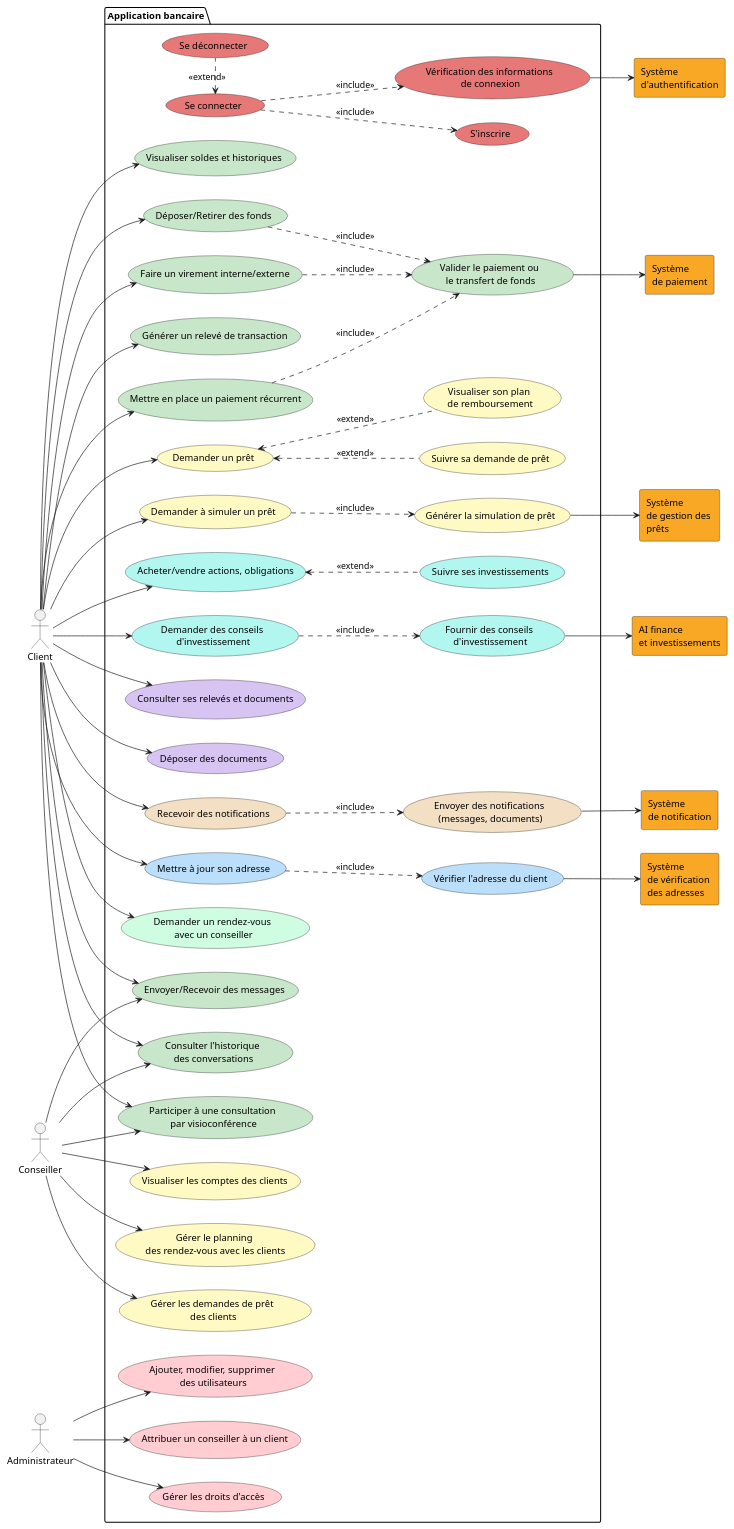
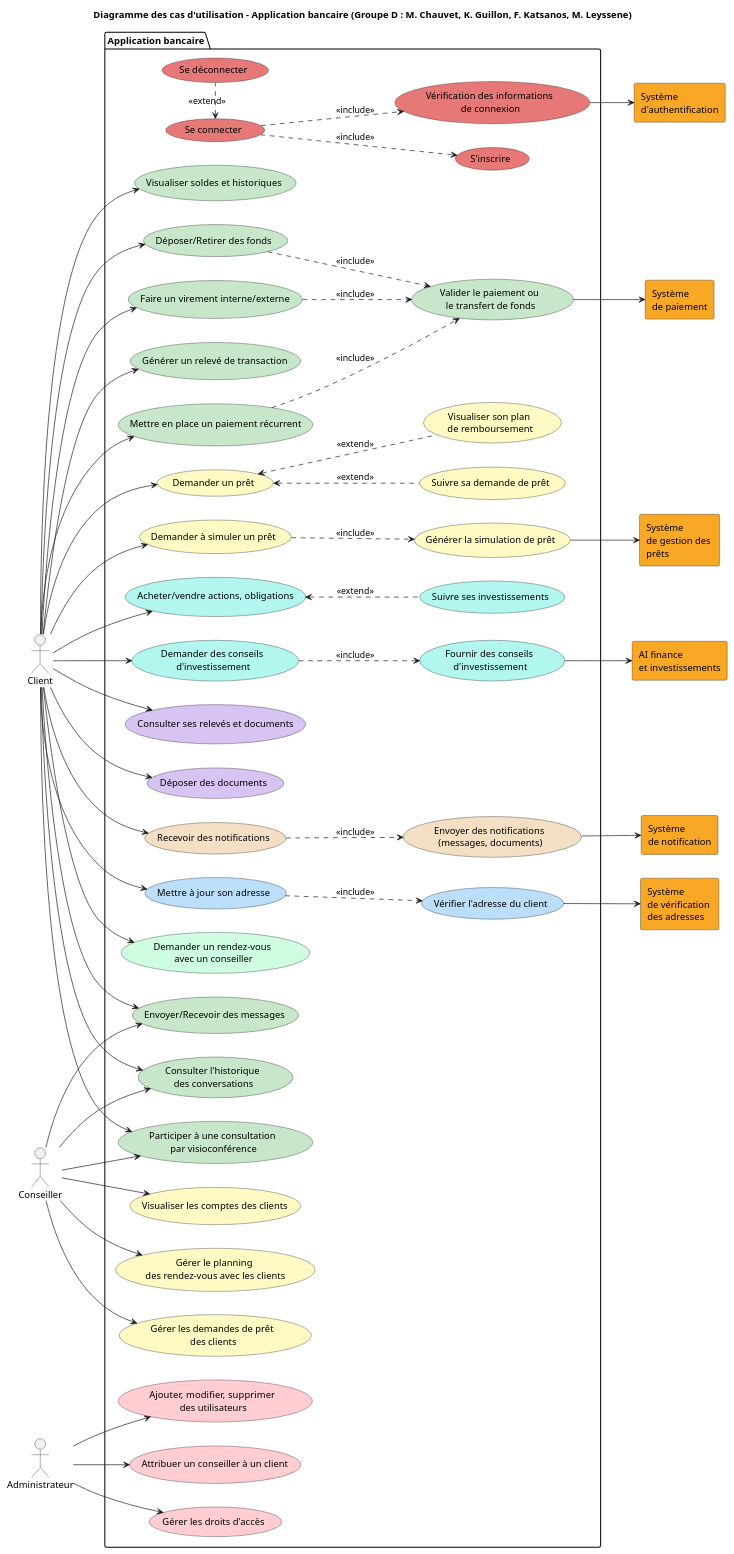
The diagram in useCasesDiagrams/usecasesFilippos.plantuml (filkat34/UEL315_S1), drawn with PlantUML before and after one commit. The commit also changed 1 other file, not shown here.

```diff
--- a/useCasesDiagrams/usecasesFilippos.plantuml
+++ b/useCasesDiagrams/usecasesFilippos.plantuml
@@ -1,121 +1,123 @@
 @startuml Diagramme des cas d'utilisation
 left to right direction
+
+title Diagramme des cas d'utilisation - Application bancaire (Groupe D : M. Chauvet, K. Guillon, F. Katsanos, M. Leyssene)
 
 ' Définition des acteurs '
 :Client:
 :Conseiller:
 :Administrateur:
 rectangle "Système \nde vérification \ndes adresses" AS SYS1 #F9A825
 rectangle "Système \nde paiement" AS SYS2 #F9A825
 rectangle "AI finance \net investissements" AS SYS3 #F9A825
 rectangle "Système \nde notification" AS SYS4 #F9A825
 rectangle "Système \nde gestion des \nprêts" AS SYS8 #F9A825
 rectangle "Système \nd'authentification" AS SYS9 #F9A825
 
 ' Définition des packages et cas d'utilisation '
 
 package "Application bancaire" {
 
 		usecase "S'inscrire" as AUTH1 #e67877ff
 		usecase "Se connecter" as AUTH2 #e67877ff
 		usecase "Se déconnecter" as AUTH3 #e67877ff
 		usecase "Vérification des informations \nde connexion" as AUTH4 #e67877ff
 
 		usecase "Visualiser soldes et historiques" as TRANS1 #C8E6C9
 		usecase "Déposer/Retirer des fonds" as TRANS2 #C8E6C9
 		usecase "Faire un virement interne/externe" as TRANS3 #C8E6C9
 		usecase "Générer un relevé de transaction" as TRANS4 #C8E6C9
 		usecase "Mettre en place un paiement récurrent" as TRANS5 #C8E6C9
 		usecase "Valider le paiement ou \nle transfert de fonds" as TRANS6 #C8E6C9
 	
 		usecase "Demander un prêt" as LOAN1 #FFF9C4
 		usecase "Demander à simuler un prêt" as LOAN4 #FFF9C4
 		usecase "Suivre sa demande de prêt" as LOAN2 #FFF9C4
 		usecase "Visualiser son plan \nde remboursement" as LOAN3 #FFF9C4
 		usecase "Générer la simulation de prêt" as LOAN5 #FFF9C4
 	
 		usecase "Acheter/vendre actions, obligations" as INVEST1 #B2F7EF
 		usecase "Suivre ses investissements" as INVEST2 #B2F7EF
 		usecase "Demander des conseils \nd'investissement" as INVEST3 #B2F7EF
 		usecase "Fournir des conseils \nd'investissement" as INVEST4 #B2F7EF
 	
 		usecase "Consulter ses relevés et documents" as DOC1 #D7C4F3
 		usecase "Déposer des documents" as DOC2	 #D7C4F3
 		
 		usecase "Recevoir des notifications" as NOT1 #f3dfc4ff
 		usecase "Envoyer des notifications \n(messages, documents)" as NOT2 #f3dfc4ff
 	
 		usecase "Mettre à jour son adresse" as ADD1 #BBDEFB
 		usecase "Vérifier l'adresse du client" as ADD2 #BBDEFB
 	
 		usecase "Demander un rendez-vous \navec un conseiller" as RDV1 #CFFDE1
 	
 		usecase "Envoyer/Recevoir des messages" as MSG1#C8E6C9
 		usecase "Consulter l'historique \ndes conversations" as MSG3 #C8E6C9
 		usecase "Participer à une consultation \npar visioconférence" as MSG4 #C8E6C9
 	
 		usecase "Visualiser les comptes des clients" as DASH1 #FFF9C4
 		usecase "Gérer le planning \ndes rendez-vous avec les clients" as DASH2 #FFF9C4
 		usecase "Gérer les demandes de prêt \ndes clients" as DASH3 #FFF9C4
 	
 		usecase "Ajouter, modifier, supprimer \ndes utilisateurs" as ADMIN1 #FFCDD2
 		usecase "Attribuer un conseiller à un client" as ADMIN2 #FFCDD2
 		usecase "Gérer les droits d'accès" as ADMIN3 #FFCDD2
 	}
 
 ' Associations entre acteurs et cas d'utilisation '
 
 AUTH2 ..> AUTH1 :<<include>>
 AUTH2 <. AUTH3 :<<extend>>
 AUTH2 ..> AUTH4 :<<include>>
 AUTH4 --> SYS9
 
 :Client: --> TRANS1
 :Client: --> TRANS2
 :Client: --> TRANS3
 :Client: --> TRANS4
 :Client: --> TRANS5
 TRANS2 ..> TRANS6 : <<include>>
 TRANS3 ..> TRANS6 : <<include>>
 TRANS5 ..> TRANS6 : <<include>>
 TRANS6 --> SYS2
 
 :Client: --> LOAN1
 :Client: --> LOAN4
 LOAN1 <.. LOAN2 : <<extend>>
 LOAN1 <.. LOAN3 : <<extend>>
 LOAN4 ..>  LOAN5 : <<include>>
 LOAN5 --> SYS8
 
 :Client: --> INVEST1
 :Client: --> INVEST3
 INVEST1 <.. INVEST2 : <<extend>>
 INVEST3 ..> INVEST4 : <<include>>
 INVEST4 --> SYS3
 
 :Client: --> DOC1
 :Client: --> DOC2
 
 :Client: --> NOT1
 NOT1 ..> NOT2 : <<include>>
 NOT2 --> SYS4
 
 :Client: --> ADD1
 ADD1 ..> ADD2 : <<include>>
 ADD2 --> SYS1
 
 :Client: --> RDV1
 
 :Client: --> MSG1
 :Client: --> MSG3
 :Client: --> MSG4
 :Conseiller: --> DASH1
 :Conseiller: --> DASH2
 :Conseiller: --> DASH3
 :Conseiller: --> MSG1
 :Conseiller: --> MSG3
 :Conseiller: --> MSG4
 :Administrateur: --> ADMIN1
 :Administrateur: --> ADMIN2
 :Administrateur: --> ADMIN3
 @enduml
```
